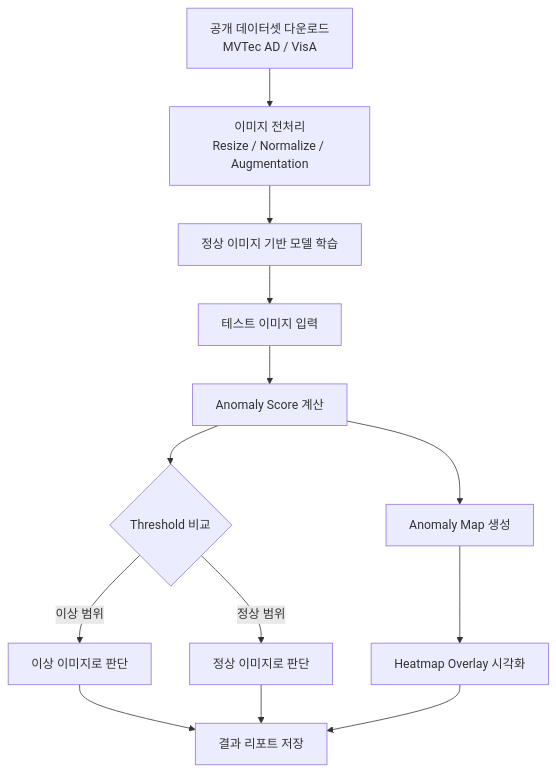
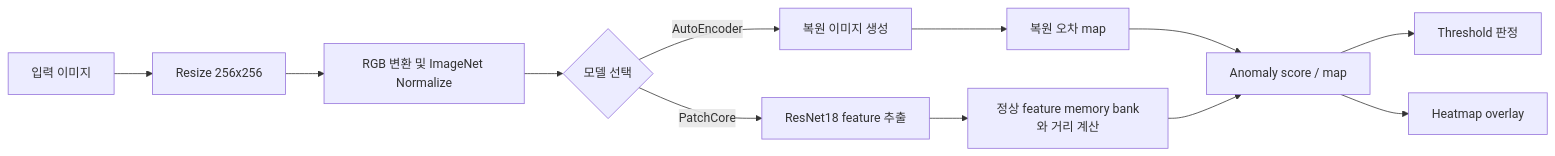
The second of 4 diagrams in README.md (wnstjq0915/DefectVision-AD-Proj), drawn with Mermaid before and after one commit. The commit also changed other lines of this file, not shown here.

Commit message:
리드미 수정 테스트

````diff
--- a/README.md
+++ b/README.md
@@ -313,15 +165,14 @@
 ```mermaid
-flowchart TD
-    A[공개 데이터셋 다운로드<br/>MVTec AD / VisA] --> B[이미지 전처리<br/>Resize / Normalize / Augmentation]
-    B --> C[정상 이미지 기반 모델 학습]
-    C --> D[테스트 이미지 입력]
-    D --> E[Anomaly Score 계산]
-    E --> F{Threshold 비교}
-    F -->|정상 범위| G[정상 이미지로 판단]
-    F -->|이상 범위| H[이상 이미지로 판단]
-    E --> I[Anomaly Map 생성]
-    I --> J[Heatmap Overlay 시각화]
-    H --> K[결과 리포트 저장]
-    G --> K
-    J --> K
+flowchart LR
+    A[입력 이미지] --> B[Resize 256x256]
+    B --> C[RGB 변환 및 ImageNet Normalize]
+    C --> D{모델 선택}
+    D -->|AutoEncoder| E[복원 이미지 생성]
+    E --> F[복원 오차 map]
+    D -->|PatchCore| G[ResNet18 feature 추출]
+    G --> H[정상 feature memory bank와 거리 계산]
+    F --> I[Anomaly score / map]
+    H --> I
+    I --> J[Threshold 판정]
+    I --> K[Heatmap overlay]
 ```
````
